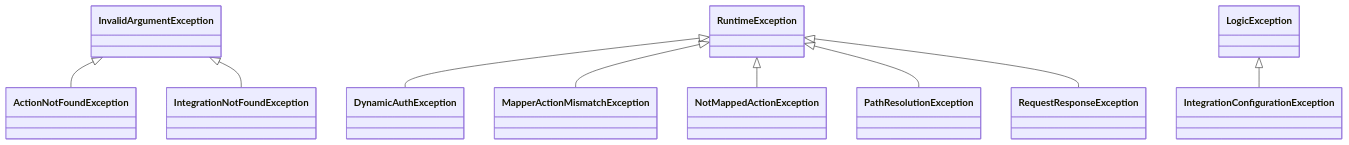
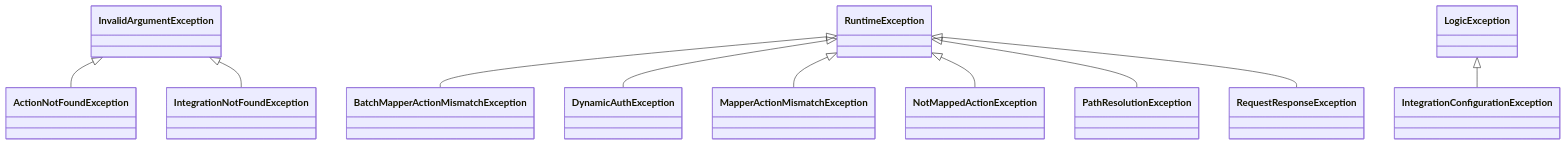
The fifth of 7 diagrams in docs/class-graph.md (CarlosGude/integrationEngine), drawn with Mermaid before and after one commit. The commit also changed other lines of this file and 44 other files, not shown here.

````diff
--- a/docs/class-graph.md
+++ b/docs/class-graph.md
@@ -291,17 +383,18 @@
 ```mermaid
 classDiagram
     direction TB
 
     class InvalidArgumentException
     class RuntimeException
     class LogicException
 
     InvalidArgumentException <|-- ActionNotFoundException
     InvalidArgumentException <|-- IntegrationNotFoundException
+    RuntimeException <|-- BatchMapperActionMismatchException
     RuntimeException <|-- DynamicAuthException
     RuntimeException <|-- MapperActionMismatchException
     RuntimeException <|-- NotMappedActionException
     RuntimeException <|-- PathResolutionException
     RuntimeException <|-- RequestResponseException
     LogicException <|-- IntegrationConfigurationException
 ```
````
